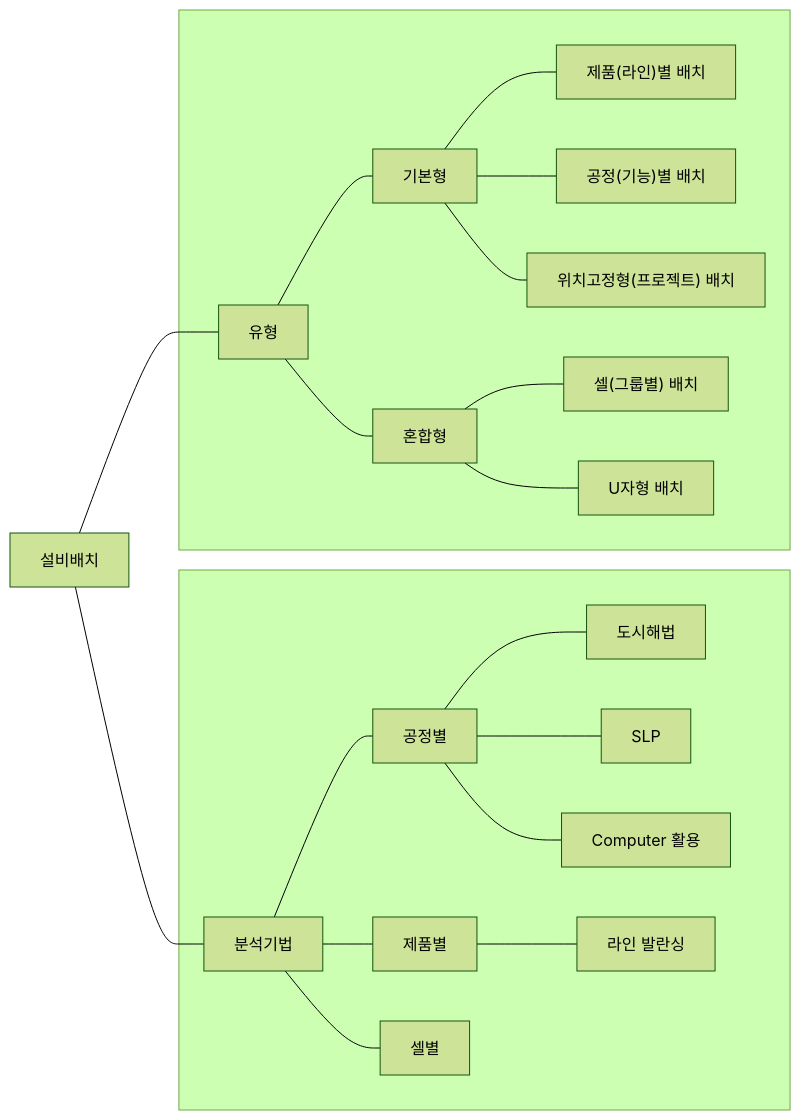
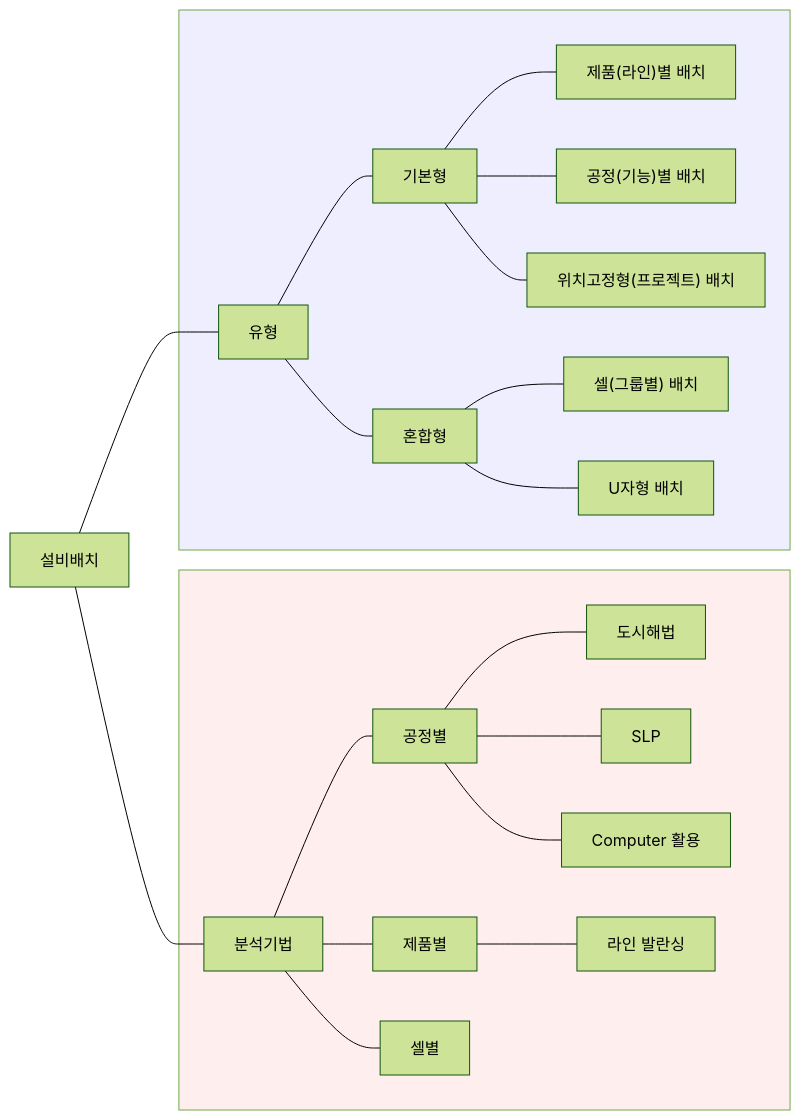
The first of 2 diagrams in 0102생산구조와방식.qmd (yeonkyupark/pepc2e), drawn with Mermaid (forest theme) before and after one commit. The commit also changed other lines of this file, not shown here.

````diff
--- a/0102생산구조와방식.qmd
+++ b/0102생산구조와방식.qmd
@@ -13,18 +14,21 @@
 ```{mermaid}
 flowchart LR
 설비배치 --- 유형 & 분석기법
 subgraph 1["  "]
 유형 --- 기본형 & 혼합형
 기본형 --- 11["제품(라인)별 배치"]
 기본형 --- 12["공정(기능)별 배치"]
 기본형 --- 13["위치고정형(프로젝트) 배치"]
 혼합형 --- 21["셀(그룹별) 배치"]
 혼합형 --- 22["U자형 배치"]
 end
 
 subgraph 0[" "]
 분석기법 --- 공정별 & 제품별 & 셀별
 공정별 --- 도시해법 & SLP & 51[Computer 활용]
 제품별 --- 52["라인 발란싱"]
 end
+
+style 1 fill:#eef
+style 0 fill:#fee
 ```
````
